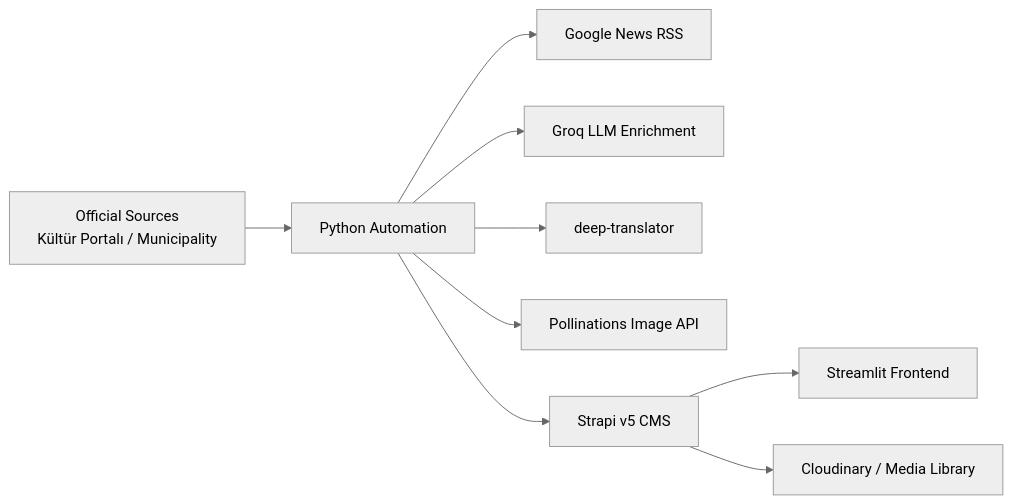
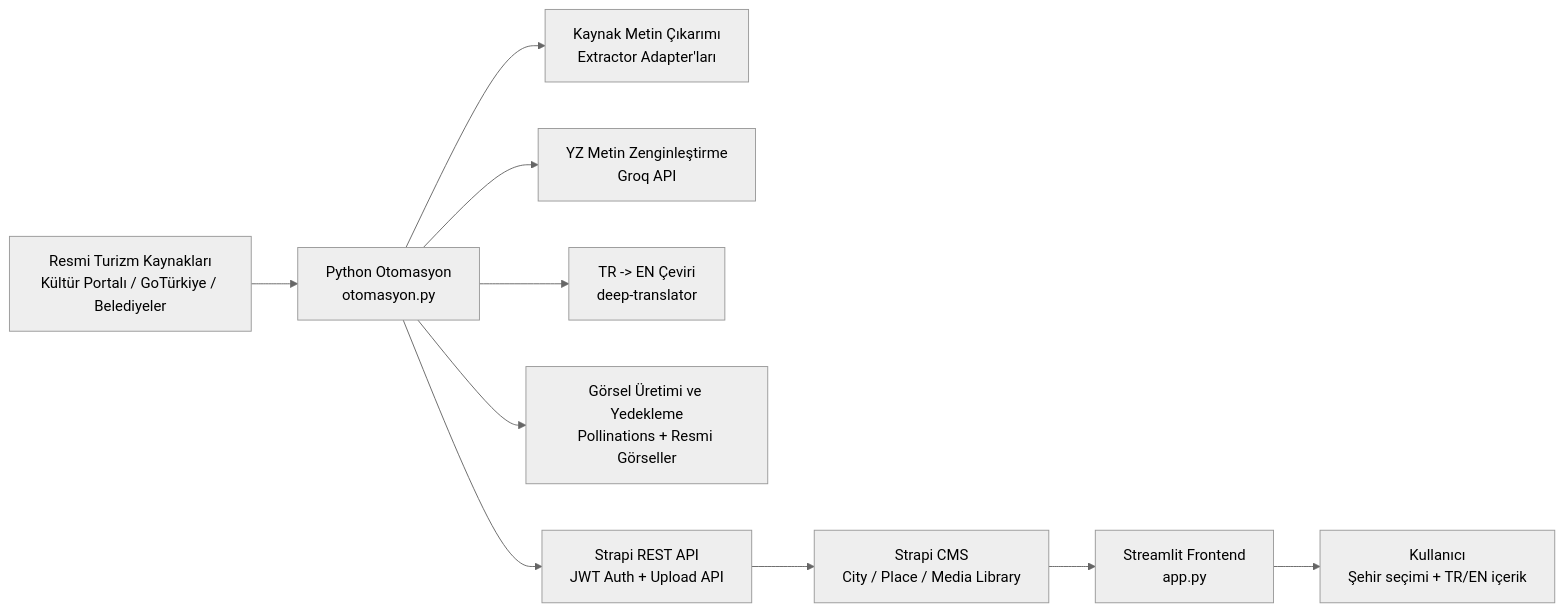
The diagram in README.md (gorlan61/gezi-rehberi), drawn with Mermaid (neutral theme) before and after one commit. The commit also changed other lines of this file, not shown here.

````diff
--- a/README.md
+++ b/README.md
@@ -7,11 +20,12 @@
 ```mermaid
 flowchart LR
-    A["Official Sources<br/>Kültür Portalı / Municipality"] --> B["Python Automation"]
-    B --> C["Google News RSS"]
-    B --> D["Groq LLM Enrichment"]
-    B --> E["deep-translator"]
-    B --> F["Pollinations Image API"]
-    B --> G["Strapi v5 CMS"]
-    G --> H["Streamlit Frontend"]
-    G --> I["Cloudinary / Media Library"]
+    A["Resmi Turizm Kaynakları<br/>Kültür Portalı / GoTürkiye / Belediyeler"] --> B["Python Otomasyon<br/>otomasyon.py"]
+    B --> C["Kaynak Metin Çıkarımı<br/>Extractor Adapter'ları"]
+    B --> D["YZ Metin Zenginleştirme<br/>Groq API"]
+    B --> E["TR -> EN Çeviri<br/>deep-translator"]
+    B --> F["Görsel Üretimi ve Yedekleme<br/>Pollinations + Resmi Görseller"]
+    B --> G["Strapi REST API<br/>JWT Auth + Upload API"]
+    G --> H["Strapi CMS<br/>City / Place / Media Library"]
+    H --> I["Streamlit Frontend<br/>app.py"]
+    I --> J["Kullanıcı<br/>Şehir seçimi + TR/EN içerik"]
 ```
````
